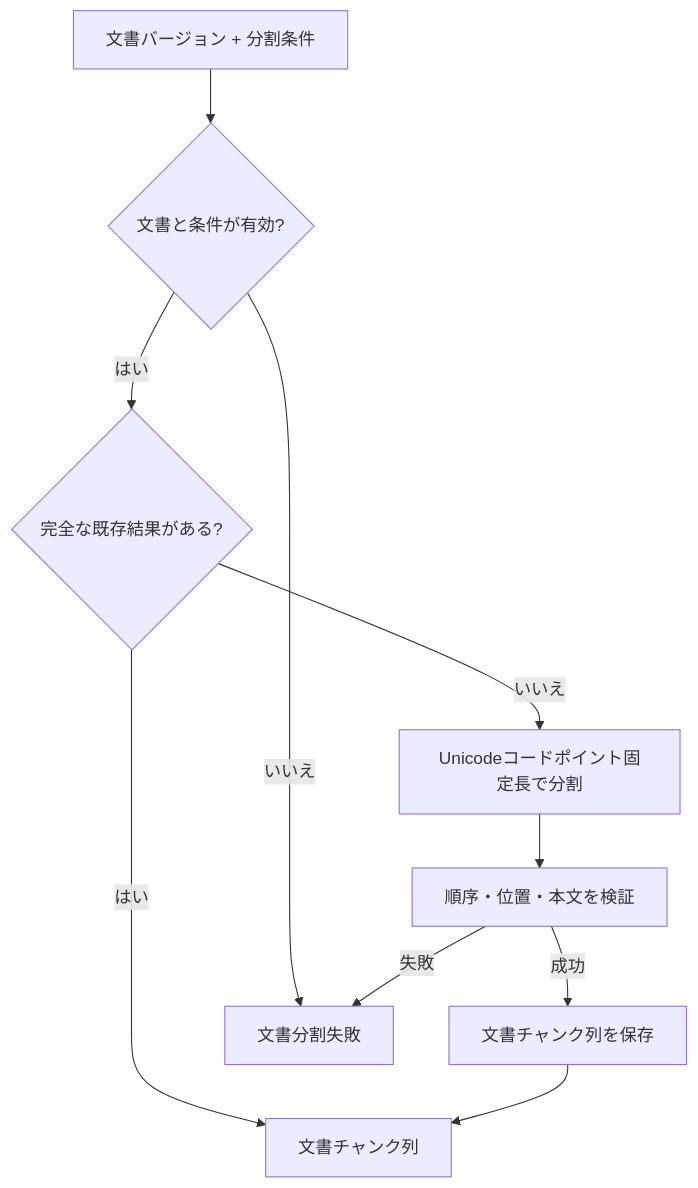
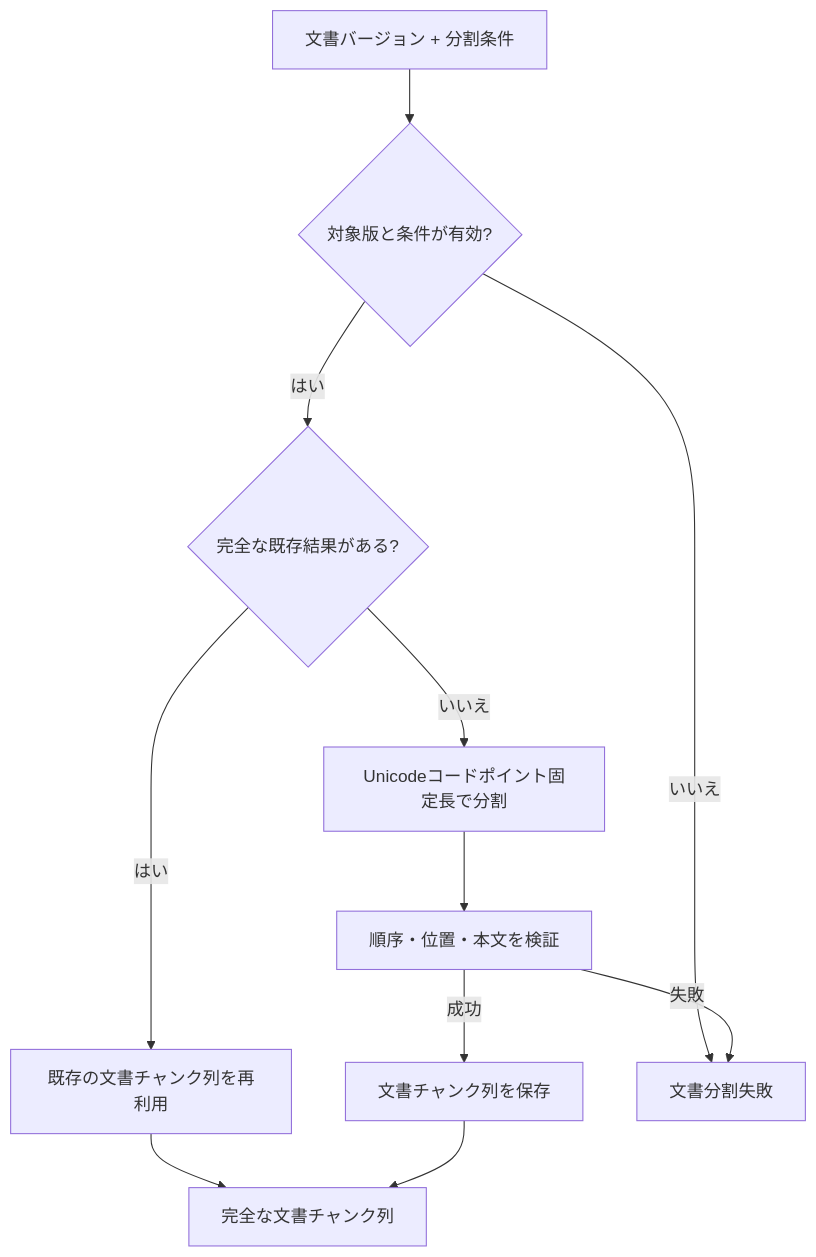
Before and after one commit to takashit16833/RAGScope: the diagram in project-docs/design/domains/documents/文書分割設計.md, drawn with Mermaid. The commit also changed other lines of this file and 10 other files, not shown here.

````diff
--- a/project-docs/design/domains/documents/文書分割設計.md
+++ b/project-docs/design/domains/documents/文書分割設計.md
@@ -40,19 +37,20 @@
 ```mermaid
 flowchart TB
     Input["文書バージョン + 分割条件"]
-    Validate{"文書と条件が有効?"}
+    Validate{"対象版と条件が有効?"}
+    Existing{"完全な既存結果がある?"}
+    Reuse["既存の文書チャンク列を再利用"]
     Split["Unicodeコードポイント固定長で分割"]
     Verify["順序・位置・本文を検証"]
-    Reuse{"完全な既存結果がある?"}
     Save["文書チャンク列を保存"]
-    Result["文書チャンク列"]
+    Result["完全な文書チャンク列"]
     Failure["文書分割失敗"]
 
     Input --> Validate
     Validate -->|"いいえ"| Failure
-    Validate -->|"はい"| Reuse
-    Reuse -->|"はい"| Result
-    Reuse -->|"いいえ"| Split --> Verify
+    Validate -->|"はい"| Existing
+    Existing -->|"はい"| Reuse --> Result
+    Existing -->|"いいえ"| Split --> Verify
+    Verify -->|"失敗"| Failure
     Verify -->|"成功"| Save --> Result
-    Verify -->|"失敗"| Failure
 ```
````
